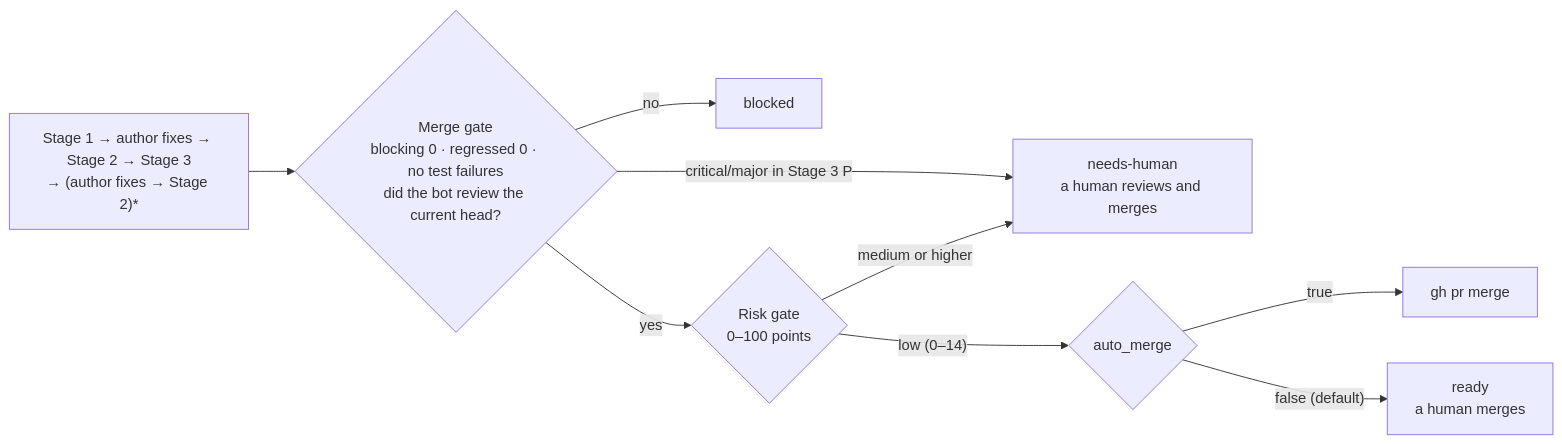
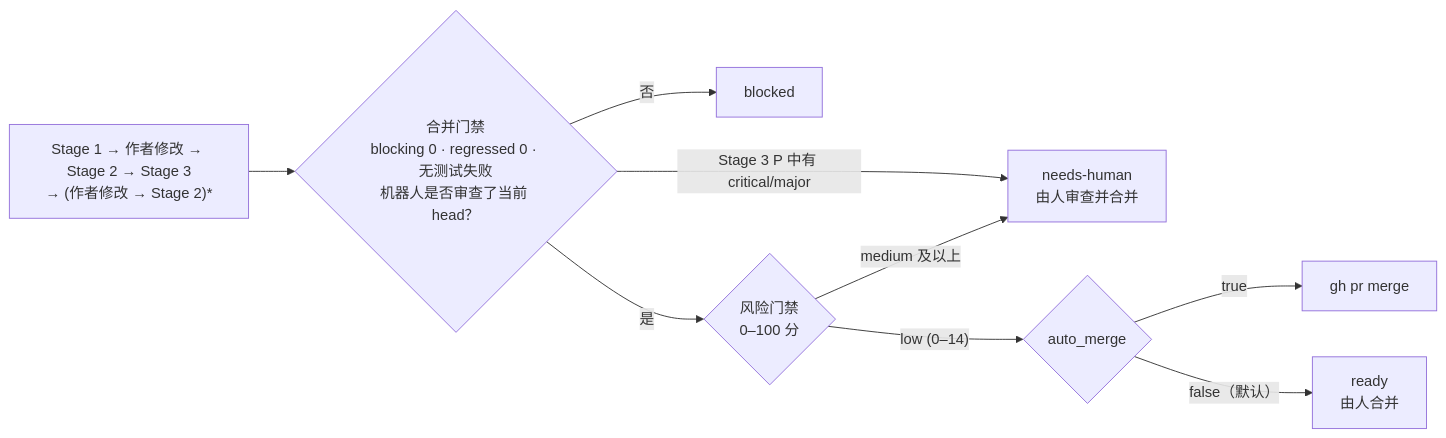
Before and after one commit to thswlsqls/pr-quorum: the diagram in README.zh-CN.md, drawn with Mermaid. The commit also changed 1 other file, not shown here.

Commit message:
docs : [docs/readme-diagram] Translate the merge flow diagram in the Korean and Chinese READMEs

````diff
--- a/README.zh-CN.md
+++ b/README.zh-CN.md
@@ -34,11 +34,11 @@
 ```mermaid
 flowchart LR
-  C["Stage 1 → author fixes → Stage 2 → Stage 3<br/>→ (author fixes → Stage 2)*"] --> MG{"Merge gate<br/>blocking 0 · regressed 0 · no test failures<br/>did the bot review the current head?"}
-  MG -- no --> B[blocked]
-  MG -- "critical/major in Stage 3 P" --> H
-  MG -- yes --> RG{"Risk gate<br/>0–100 points"}
+  C["Stage 1 → 作者修改 → Stage 2 → Stage 3<br/>→ (作者修改 → Stage 2)*"] --> MG{"合并门禁<br/>blocking 0 · regressed 0 · 无测试失败<br/>机器人是否审查了当前 head？"}
+  MG -- "否" --> B[blocked]
+  MG -- "Stage 3 P 中有 critical/major" --> H
+  MG -- "是" --> RG{"风险门禁<br/>0–100 分"}
   RG -- "low (0–14)" --> A{"auto_merge"}
   A -- true --> M[gh pr merge]
-  A -- "false (default)" --> R["ready<br/>a human merges"]
-  RG -- "medium or higher" --> H["needs-human<br/>a human reviews and merges"]
+  A -- "false（默认）" --> R["ready<br/>由人合并"]
+  RG -- "medium 及以上" --> H["needs-human<br/>由人审查并合并"]
 ```
````
